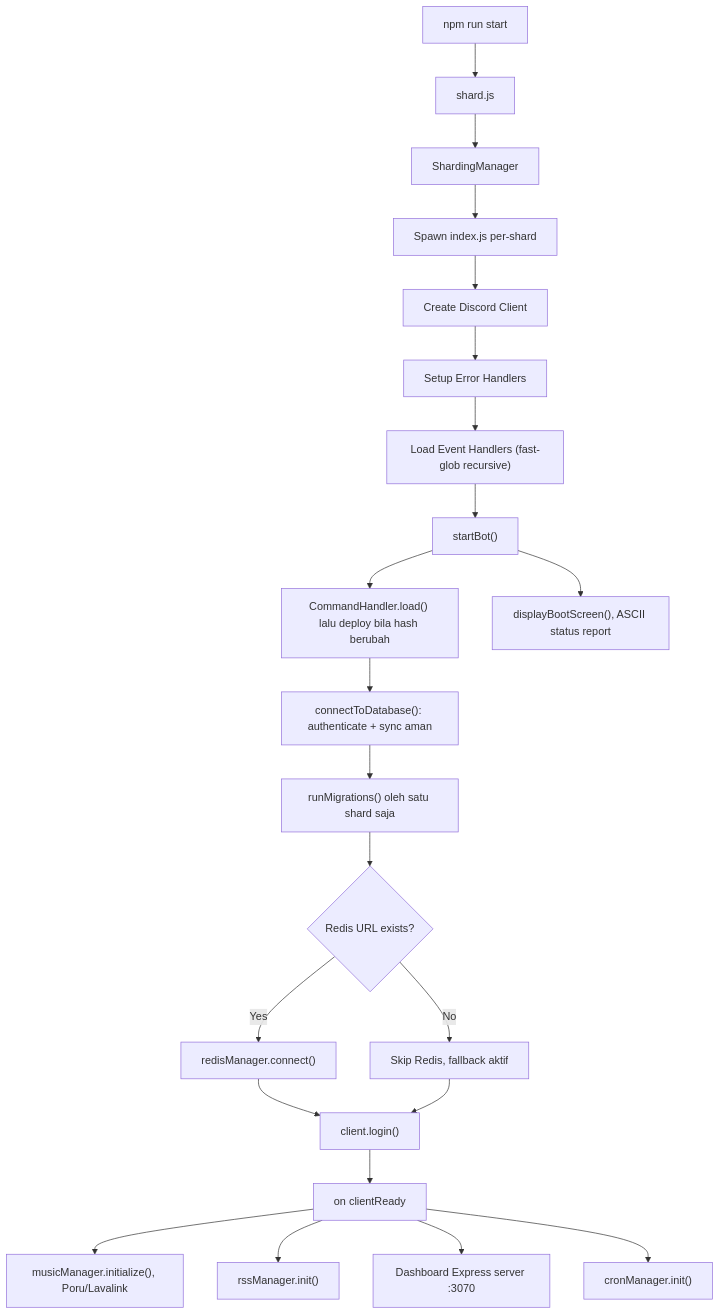
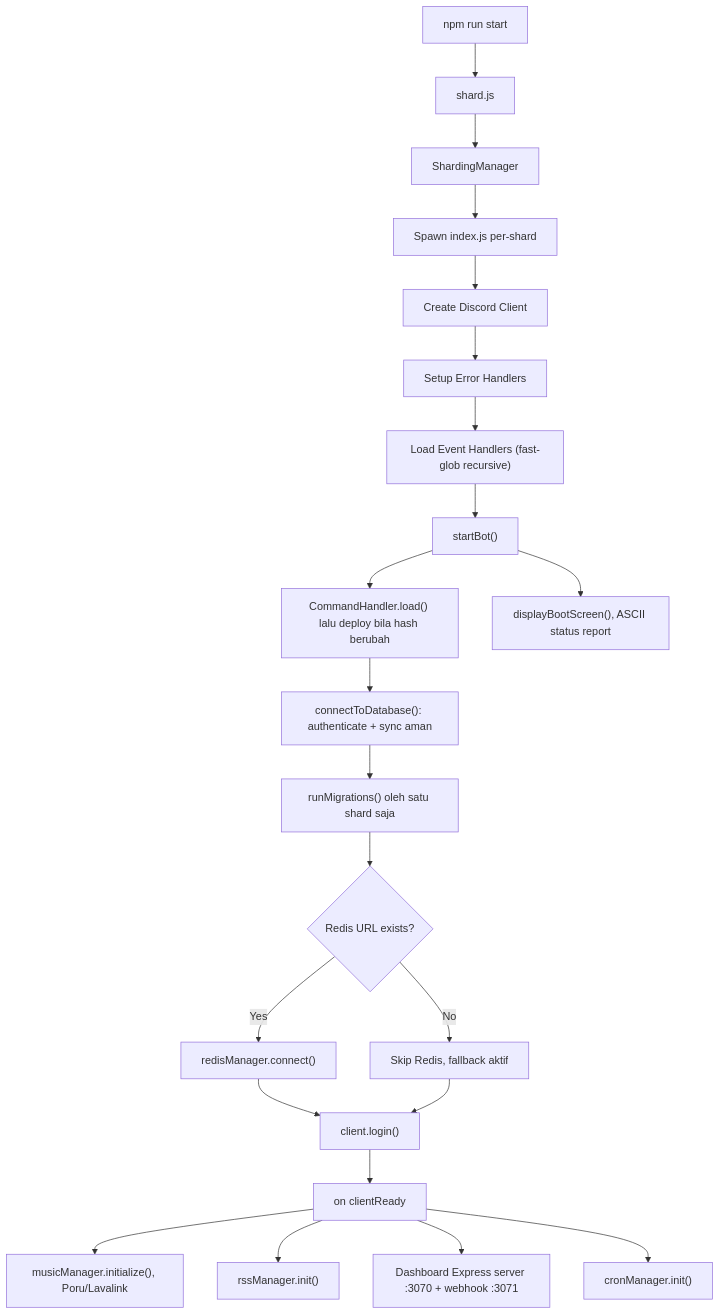
The first of 4 diagrams in AGENTS.md (Aryandita/Naura-Hoshino-V2), drawn with Mermaid before and after one commit. The commit also changed other lines of this file, not shown here.

````diff
--- a/AGENTS.md
+++ b/AGENTS.md
@@ -346,24 +366,24 @@
 ```mermaid
 graph TD
     A["npm run start"] --> B["shard.js"]
     B --> C["ShardingManager"]
     C --> D["Spawn index.js per-shard"]
     D --> E["Create Discord Client"]
     E --> F["Setup Error Handlers"]
     F --> G["Load Event Handlers (fast-glob recursive)"]
     G --> H["startBot()"]
     H --> I["CommandHandler.load() lalu deploy bila hash berubah"]
     I --> J["connectToDatabase(): authenticate + sync aman"]
     J --> K["runMigrations() oleh satu shard saja"]
     K --> L{"Redis URL exists?"}
     L -->|Yes| M["redisManager.connect()"]
     L -->|No| N["Skip Redis, fallback aktif"]
     M --> O["client.login()"]
     N --> O
     O --> P["on clientReady"]
     P --> Q["musicManager.initialize(), Poru/Lavalink"]
     P --> R["rssManager.init()"]
-    P --> S["Dashboard Express server :3070"]
+    P --> S["Dashboard Express server :3070 + webhook :3071"]
     P --> T["cronManager.init()"]
     H --> U["displayBootScreen(), ASCII status report"]
 ```
````
